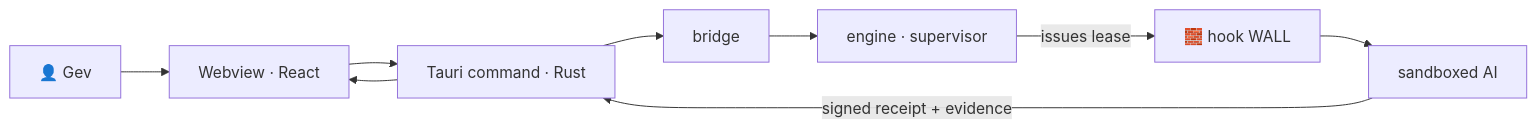
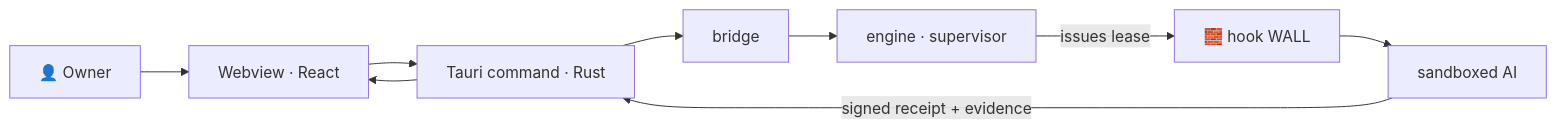
The diagram in README.md (menqstudio/OS), drawn with Mermaid before and after one commit. The commit also changed other lines of this file and 6 other files, not shown here.

````diff
--- a/README.md
+++ b/README.md
@@ -61,11 +111,11 @@
 ```mermaid
 flowchart LR
-    U[👤 Gev] --> W[Webview · React]
+    U[👤 Owner] --> W[Webview · React]
     W --> R[Tauri command · Rust]
     R --> B[bridge]
     B --> S[engine · supervisor]
     S -->|issues lease| G[🧱 hook WALL]
     G --> C[sandboxed AI]
     C -->|signed receipt + evidence| R
     R --> W
 ```
````
